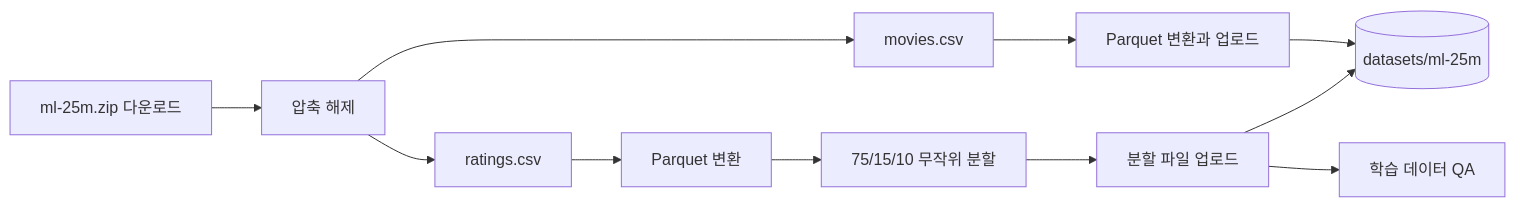
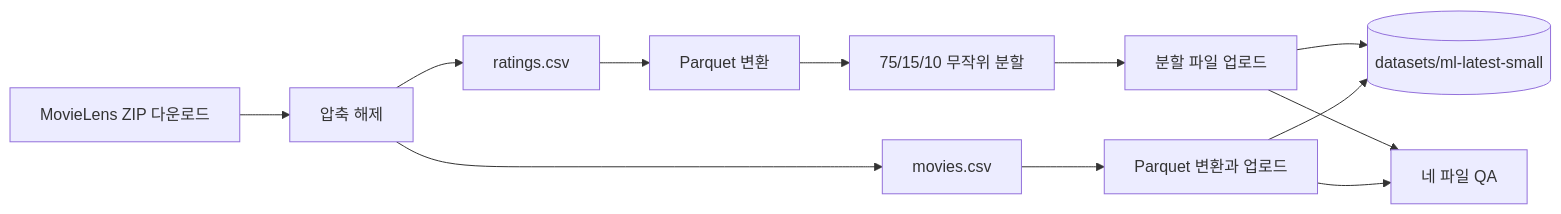
Before and after one commit to johklo/johklo.github.io: the ninth of 9 diagrams in content/docs/tech/machine-learning-platform-engineering/07-data-preparation.md, drawn with Mermaid. The commit also changed other lines of this file and 19 other files, not shown here.

````diff
--- a/content/docs/tech/machine-learning-platform-engineering/07-data-preparation.md
+++ b/content/docs/tech/machine-learning-platform-engineering/07-data-preparation.md
@@ -515,15 +1187,16 @@
 ```mermaid
 flowchart LR
     accTitle: 영화 평점 데이터의 변환과 분할
-    accDescr: MovieLens 압축 파일을 내려받아 ratings와 movies CSV를 분리한다. ratings는 Parquet으로 변환해 세 분할로 나누고 movies와 함께 S3에 업로드한다. QA는 업로드한 학습 데이터를 읽는다.
-    DL["ml-25m.zip 다운로드"] --> UN["압축 해제"]
+    accDescr: MovieLens 압축 파일을 내려받아 ratings와 movies CSV를 분리한다. ratings는 Parquet으로 변환해 세 분할로 나누고 movies와 함께 S3에 업로드한다. QA는 두 업로드가 끝난 뒤 네 파일을 읽는다.
+    DL["MovieLens ZIP 다운로드"] --> UN["압축 해제"]
     UN --> R["ratings.csv"]
     UN --> M["movies.csv"]
     R --> RP["Parquet 변환"]
     RP --> SP["75/15/10 무작위 분할"]
     SP --> UP["분할 파일 업로드"]
     M --> MP["Parquet 변환과 업로드"]
-    UP --> S3[("datasets/ml-25m")]
+    UP --> S3[("datasets/ml-latest-small")]
     MP --> S3
-    UP --> QA["학습 데이터 QA"]
+    UP --> QA["네 파일 QA"]
+    MP --> QA
 ```
````
